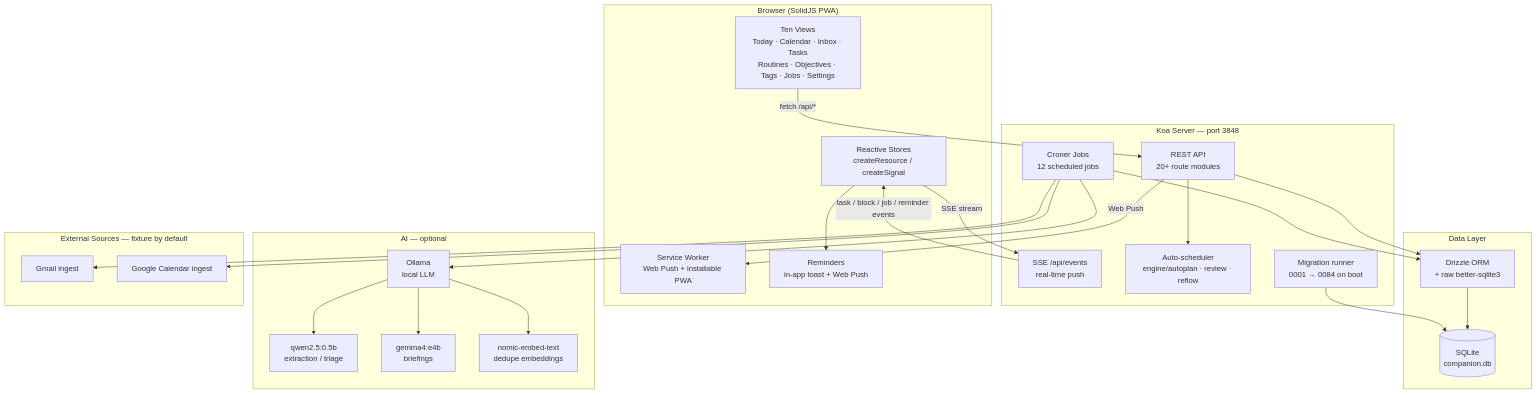
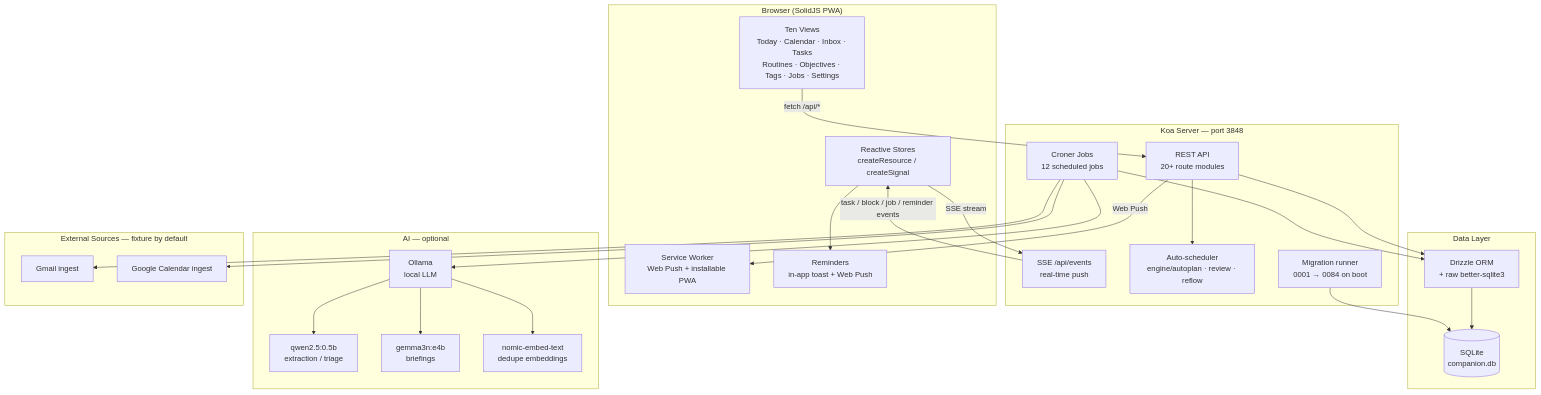
One commit to companionintelligence/CI-Planning changed the diagram in README.md. Above: the diagram before and after it, drawn with Mermaid. The commit also changed other lines of this file and 4 other files, not shown here.

````diff
--- a/README.md
+++ b/README.md
@@ -30,51 +30,51 @@
 ```mermaid
 graph TB
     subgraph Browser["Browser (SolidJS PWA)"]
         UI[Ten Views<br/>Today · Calendar · Inbox · Tasks<br/>Routines · Objectives · Tags · Jobs · Settings]
         Store[Reactive Stores<br/>createResource / createSignal]
         SW[Service Worker<br/>Web Push + installable PWA]
         BN[Reminders<br/>in-app toast + Web Push]
     end
 
     subgraph Server["Koa Server — port 3848"]
         API[REST API<br/>20+ route modules]
         SSE[SSE /api/events<br/>real-time push]
         Engine[Auto-scheduler<br/>engine/autoplan · review · reflow]
         Cron[Croner Jobs<br/>12 scheduled jobs]
         Migrate[Migration runner<br/>0001 → 0084 on boot]
     end
 
     subgraph Data["Data Layer"]
         DB[(SQLite<br/>companion.db)]
         Drizzle[Drizzle ORM<br/>+ raw better-sqlite3]
     end
 
     subgraph AI["AI — optional"]
         Ollama[Ollama<br/>local LLM]
         Small["qwen2.5:0.5b<br/>extraction / triage"]
-        Medium["gemma4:e4b<br/>briefings"]
+        Medium["gemma3n:e4b<br/>briefings"]
         Embed["nomic-embed-text<br/>dedupe embeddings"]
     end
 
     subgraph Sources["External Sources — fixture by default"]
         Gmail[Gmail ingest]
         GCal[Google Calendar ingest]
     end
 
     UI -->|"fetch /api/*"| API
     Store -->|SSE stream| SSE
     API --> Engine
     API --> Drizzle
     Cron --> Drizzle
     Cron --> Ollama
     Cron --> Gmail
     Cron --> GCal
     Drizzle --> DB
     Migrate --> DB
     Ollama --> Small
     Ollama --> Medium
     Ollama --> Embed
     SSE -->|task / block / job / reminder events| Store
     Store --> BN
     API -->|Web Push| SW
 ```
````
